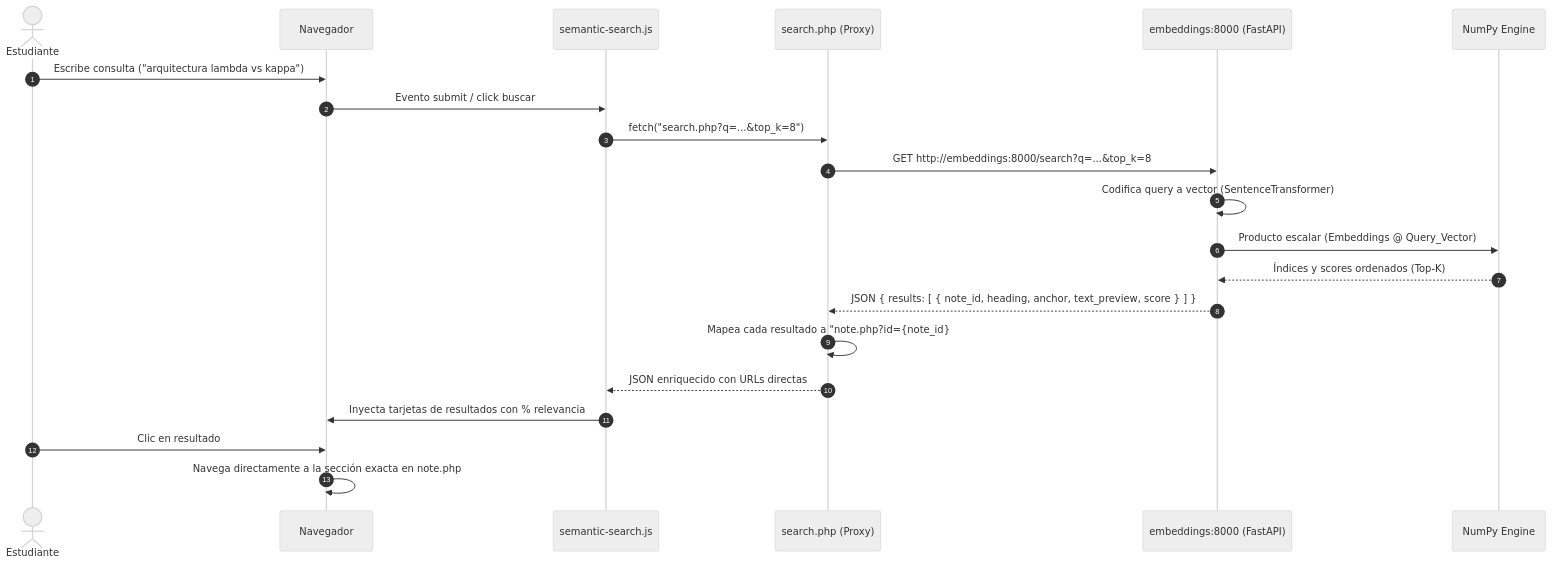
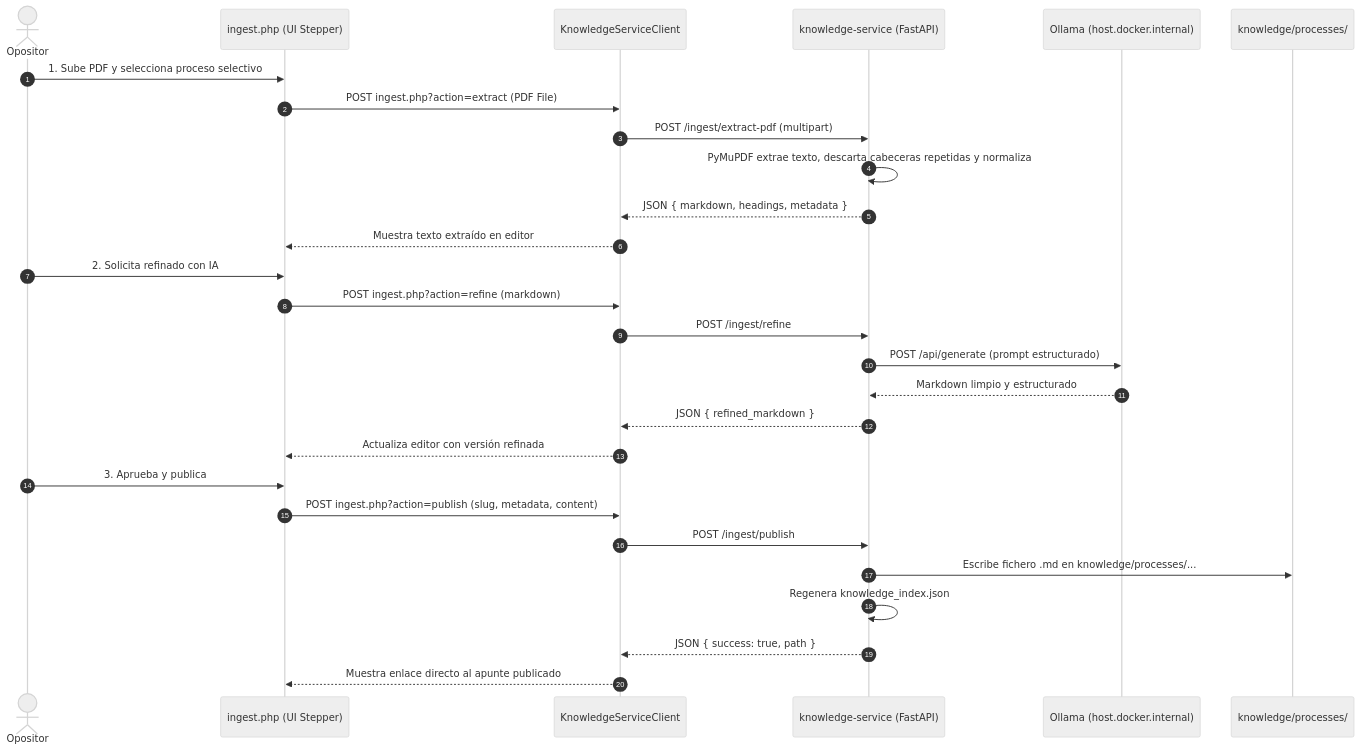
One commit to carmenales/preparaopos changed the third of 3 diagrams in apps/studyassistant/ARCHITECTURE.md. Above: the diagram before and after it, drawn with Mermaid (neutral theme). The commit also changed other lines of this file, not shown here.

Commit message:
docs: update architecture study assistant app info

````diff
--- a/apps/studyassistant/ARCHITECTURE.md
+++ b/apps/studyassistant/ARCHITECTURE.md
@@ -224,24 +206,31 @@
 ```mermaid
 sequenceDiagram
     autonumber
-    actor Usuario as Estudiante
-    participant Browser as Navegador
-    participant JS as semantic-search.js
-    participant PHP as search.php (Proxy)
-    participant Embeddings as embeddings:8000 (FastAPI)
-    participant NumPy as NumPy Engine
+    actor Usuario as Opositor
+    participant Browser as ingest.php (UI Stepper)
+    participant Client as KnowledgeServiceClient
+    participant Service as knowledge-service (FastAPI)
+    participant Ollama as Ollama (host.docker.internal)
+    participant Disk as knowledge/processes/
 
-    Usuario->>Browser: Escribe consulta ("arquitectura lambda vs kappa")
-    Browser->>JS: Evento submit / click buscar
-    JS->>PHP: fetch("search.php?q=...&top_k=8")
-    PHP->>Embeddings: GET http://embeddings:8000/search?q=...&top_k=8
-    Embeddings->>Embeddings: Codifica query a vector (SentenceTransformer)
-    Embeddings->>NumPy: Producto escalar (Embeddings @ Query_Vector)
-    NumPy-->>Embeddings: Índices y scores ordenados (Top-K)
-    Embeddings-->>PHP: JSON { results: [ { note_id, heading, anchor, text_preview, score } ] }
-    PHP->>PHP: Mapea cada resultado a "note.php?id={note_id}#{anchor}"
-    PHP-->>JS: JSON enriquecido con URLs directas
-    JS->>Browser: Inyecta tarjetas de resultados con % relevancia
-    Usuario->>Browser: Clic en resultado
-    Browser->>Browser: Navega directamente a la sección exacta en note.php
+    Usuario->>Browser: 1. Sube PDF y selecciona proceso selectivo
+    Browser->>Client: POST ingest.php?action=extract (PDF File)
+    Client->>Service: POST /ingest/extract-pdf (multipart)
+    Service->>Service: PyMuPDF extrae texto, descarta cabeceras repetidas y normaliza
+    Service-->>Client: JSON { markdown, headings, metadata }
+    Client-->>Browser: Muestra texto extraído en editor
+    Usuario->>Browser: 2. Solicita refinado con IA
+    Browser->>Client: POST ingest.php?action=refine (markdown)
+    Client->>Service: POST /ingest/refine
+    Service->>Ollama: POST /api/generate (prompt estructurado)
+    Ollama-->>Service: Markdown limpio y estructurado
+    Service-->>Client: JSON { refined_markdown }
+    Client-->>Browser: Actualiza editor con versión refinada
+    Usuario->>Browser: 3. Aprueba y publica
+    Browser->>Client: POST ingest.php?action=publish (slug, metadata, content)
+    Client->>Service: POST /ingest/publish
+    Service->>Disk: Escribe fichero .md en knowledge/processes/...
+    Service->>Service: Regenera knowledge_index.json
+    Service-->>Client: JSON { success: true, path }
+    Client-->>Browser: Muestra enlace directo al apunte publicado
 ```
````
